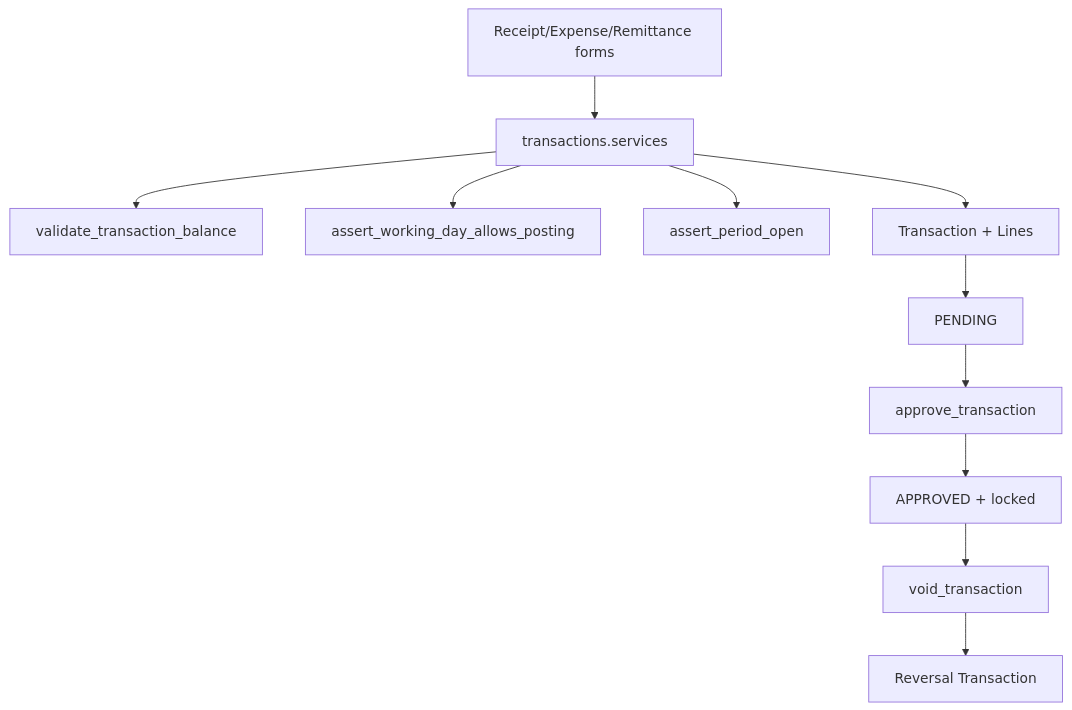
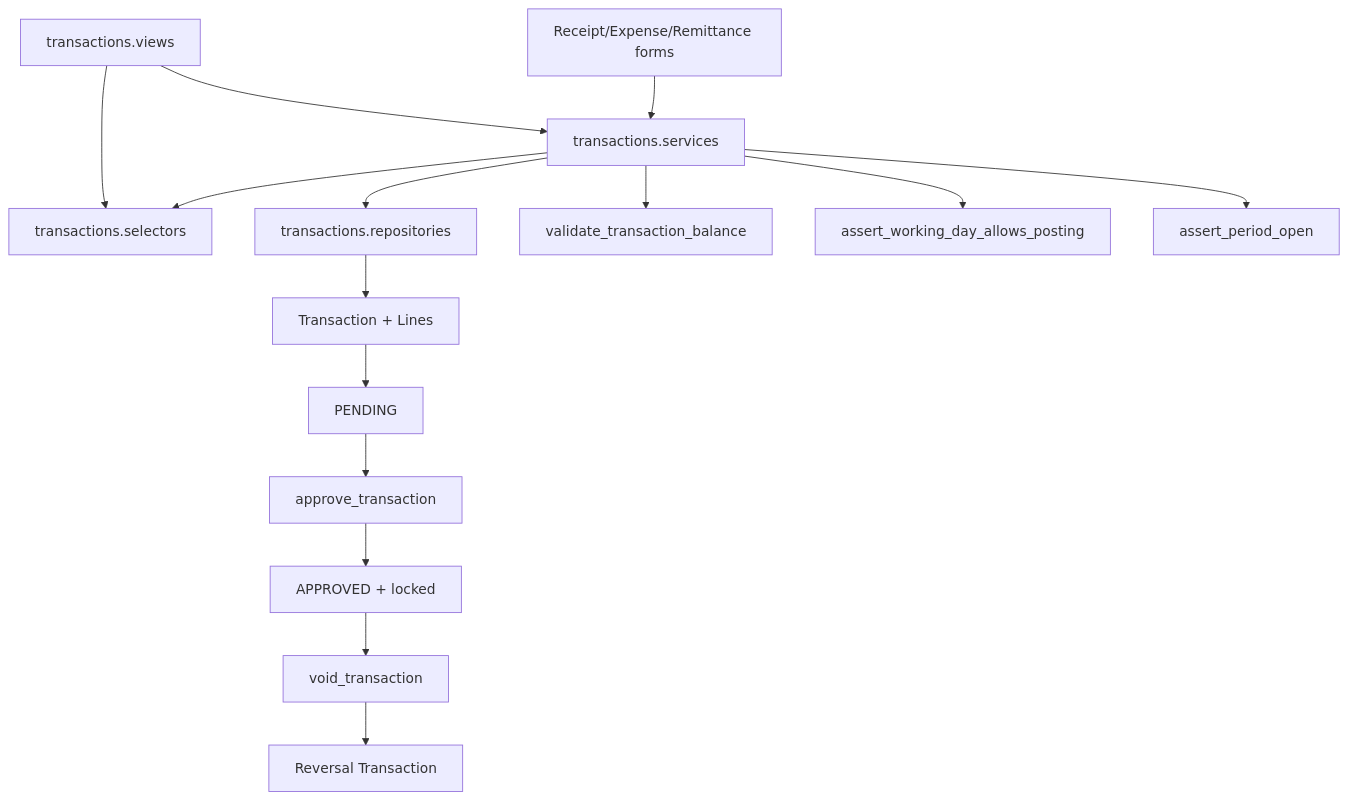
One commit to abrahamthompson46-alt/churchhub changed the first of 3 diagrams in docs/MODULE_SPECIFICATIONS/TRANSACTIONS/transactions_spec.md. Above: the diagram before and after it, drawn with Mermaid. The commit also changed other lines of this file and 255 other files, not shown here.

Commit message:
Phase 1: Enterprise refactoring, layered architecture, MFA, security hardening, deployment, and production readiness

````diff
--- a/docs/MODULE_SPECIFICATIONS/TRANSACTIONS/transactions_spec.md
+++ b/docs/MODULE_SPECIFICATIONS/TRANSACTIONS/transactions_spec.md
@@ -35,13 +35,17 @@
 ```mermaid
 flowchart TD
-  Form[Receipt/Expense/Remittance forms] --> Svc[transactions.services]
+  Views[transactions.views] --> Sel[transactions.selectors]
+  Views --> Svc[transactions.services]
+  Form[Receipt/Expense/Remittance forms] --> Svc
+  Svc --> Sel
+  Svc --> Repo[transactions.repositories]
   Svc --> Bal[validate_transaction_balance]
   Svc --> WD[assert_working_day_allows_posting]
   Svc --> FP[assert_period_open]
-  Svc --> TXN[Transaction + Lines]
+  Repo --> TXN[Transaction + Lines]
   TXN --> Pend[PENDING]
   Pend --> Appr[approve_transaction]
   Appr --> Lock[APPROVED + locked]
   Lock --> Void[void_transaction]
   Void --> Rev[Reversal Transaction]
 ```
````
